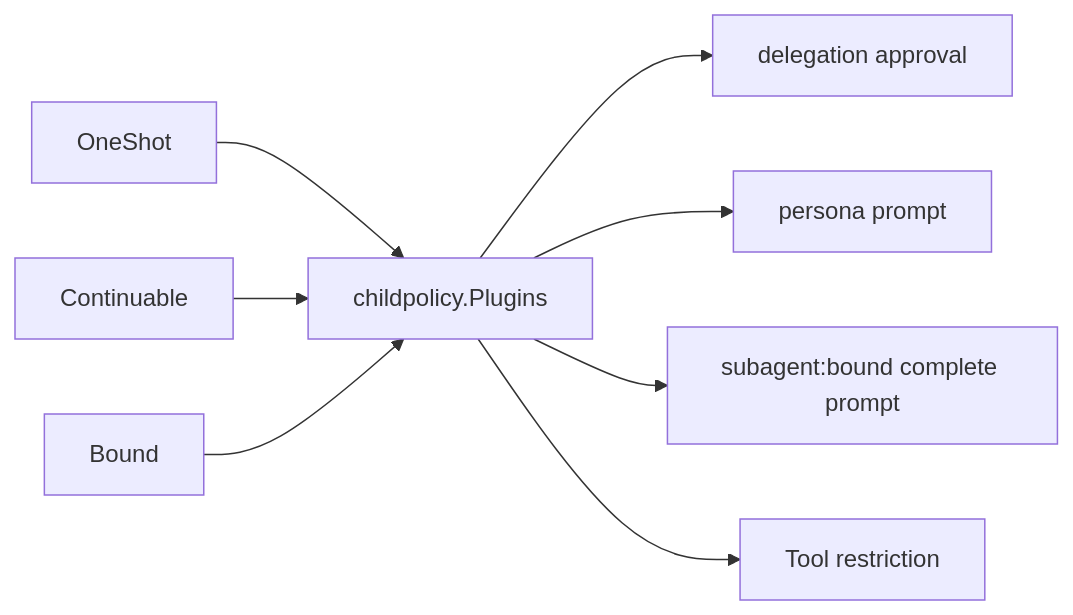
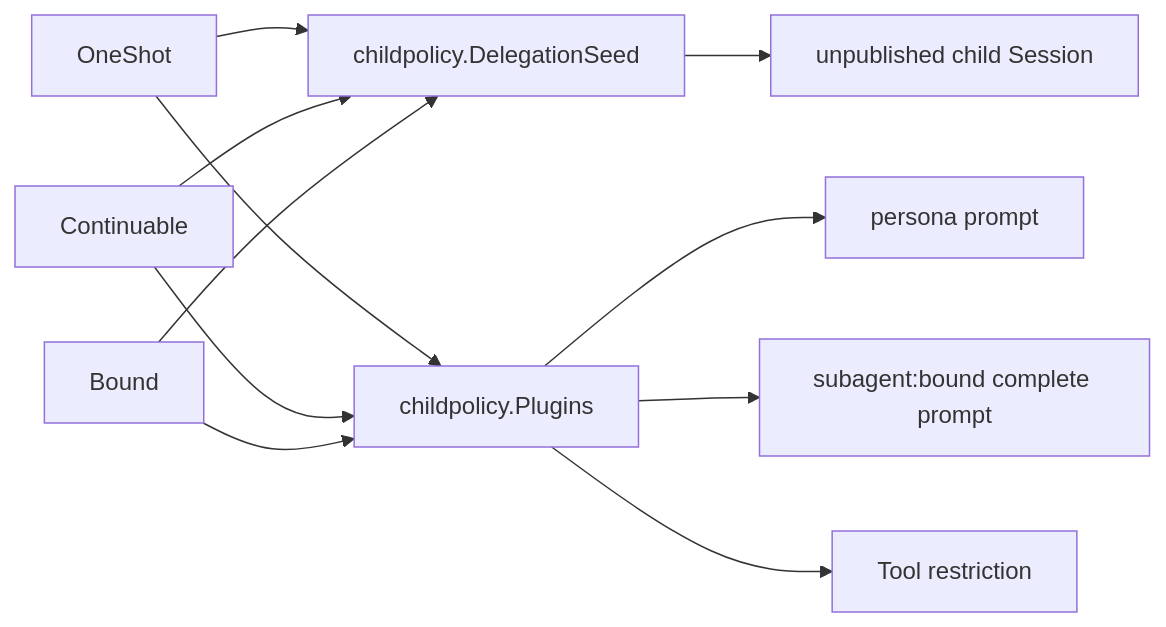
One commit to gorenx/goren changed the diagram in subagent/internal/childpolicy/README.zh-CN.md. Above: the diagram before and after it, drawn with Mermaid. The commit also changed other lines of this file and 5 other files, not shown here.

````diff
--- a/subagent/internal/childpolicy/README.zh-CN.md
+++ b/subagent/internal/childpolicy/README.zh-CN.md
@@ -5,10 +5,13 @@
 ```mermaid
 flowchart LR
+    OneShot --> Seed[childpolicy.DelegationSeed]
+    Continuable --> Seed
+    Bound --> Seed
+    Seed --> Session[unpublished child Session]
     OneShot --> Policy[childpolicy.Plugins]
     Continuable --> Policy
     Bound --> Policy
-    Policy --> Approval[delegation approval]
     Policy --> Persona[persona prompt]
     Policy --> BoundPrompt[subagent:bound complete prompt]
     Policy --> Restriction[Tool restriction]
 ```
````
